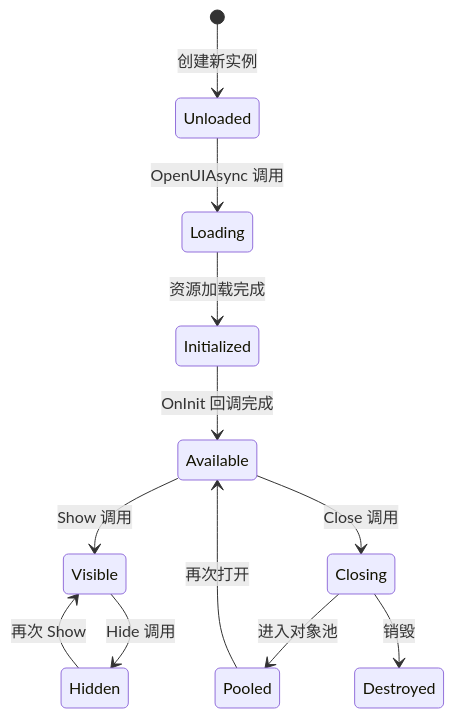
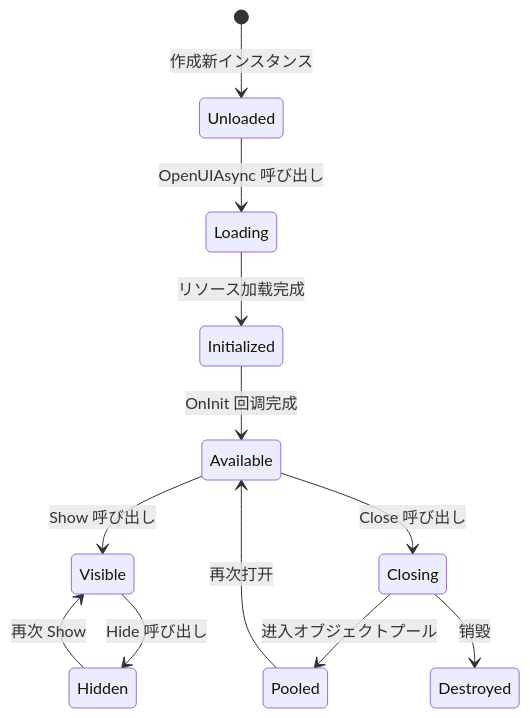
One commit to AlianBlank/GameFrameX.Docs changed the second of 4 diagrams in docs/ja/client/unity/component/ui/04.ui-component.md. Above: the diagram before and after it, drawn with Mermaid. The commit also changed other lines of this file and 603 other files, not shown here.

````diff
--- a/docs/ja/client/unity/component/ui/04.ui-component.md
+++ b/docs/ja/client/unity/component/ui/04.ui-component.md
@@ -98,14 +98,14 @@
 ```mermaid
 stateDiagram-v2
-    [*] --> Unloaded: 创建新实例
-    Unloaded --> Loading: OpenUIAsync 调用
-    Loading --> Initialized: 资源加载完成
+    [*] --> Unloaded: 作成新インスタンス
+    Unloaded --> Loading: OpenUIAsync 呼び出し
+    Loading --> Initialized: リソース加载完成
     Initialized --> Available: OnInit 回调完成
-    Available --> Visible: Show 调用
-    Visible --> Hidden: Hide 调用
+    Available --> Visible: Show 呼び出し
+    Visible --> Hidden: Hide 呼び出し
     Hidden --> Visible: 再次 Show
-    Available --> Closing: Close 调用
-    Closing --> Pooled: 进入对象池
+    Available --> Closing: Close 呼び出し
+    Closing --> Pooled: 进入オブジェクトプール
     Pooled --> Available: 再次打开
     Closing --> Destroyed: 销毁
 ```
````
